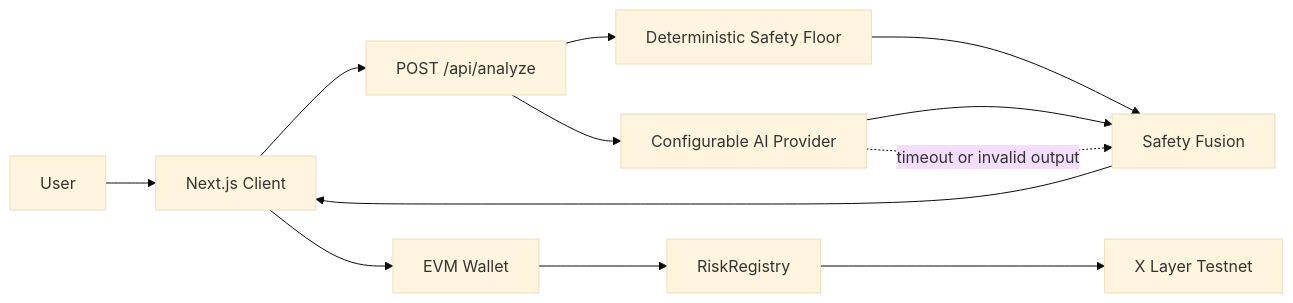
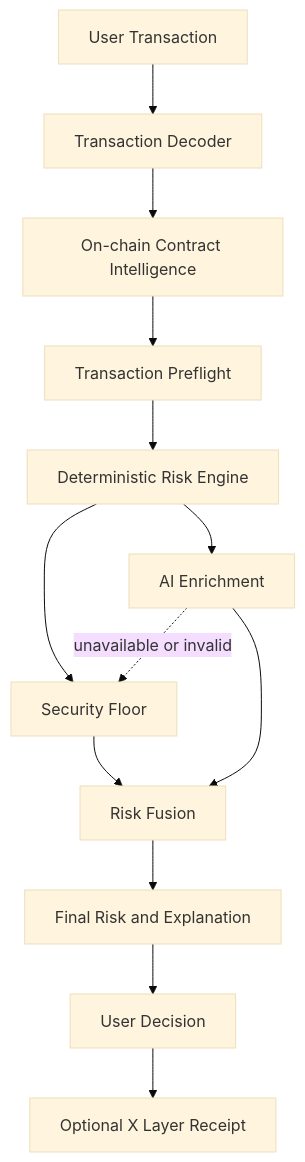
Before and after one commit to leafwithered/xguard-ai: the diagram in README.md, drawn with Mermaid (base theme). The commit also changed other lines of this file and 19 other files, not shown here.

Commit message:
feat: add explainable X Layer pre-sign intelligence

````diff
--- a/README.md
+++ b/README.md
@@ -63,14 +82,15 @@
 ```mermaid
-flowchart LR
-    U[User] --> UI[Next.js Client]
-    UI --> API[POST /api/analyze]
-    API --> L[Deterministic Safety Floor]
-    API --> P[Configurable AI Provider]
-    L --> F[Safety Fusion]
-    P --> F
-    P -. timeout or invalid output .-> F
-    F --> UI
-    UI --> W[EVM Wallet]
-    W --> R[RiskRegistry]
-    R --> X[X Layer Testnet]
+flowchart TD
+    U[User Transaction] --> D[Transaction Decoder]
+    D --> C[On-chain Contract Intelligence]
+    C --> P[Transaction Preflight]
+    P --> L[Deterministic Risk Engine]
+    L --> S[Security Floor]
+    L --> A[AI Enrichment]
+    S --> F[Risk Fusion]
+    A --> F
+    A -. unavailable or invalid .-> S
+    F --> R[Final Risk and Explanation]
+    R --> Q[User Decision]
+    Q --> O[Optional X Layer Receipt]
 ```
````
